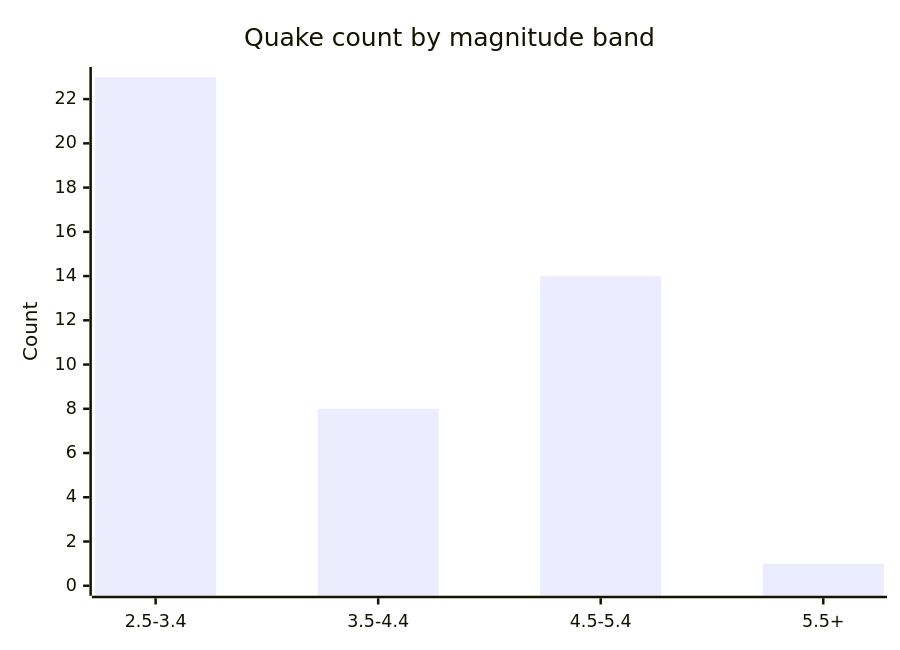
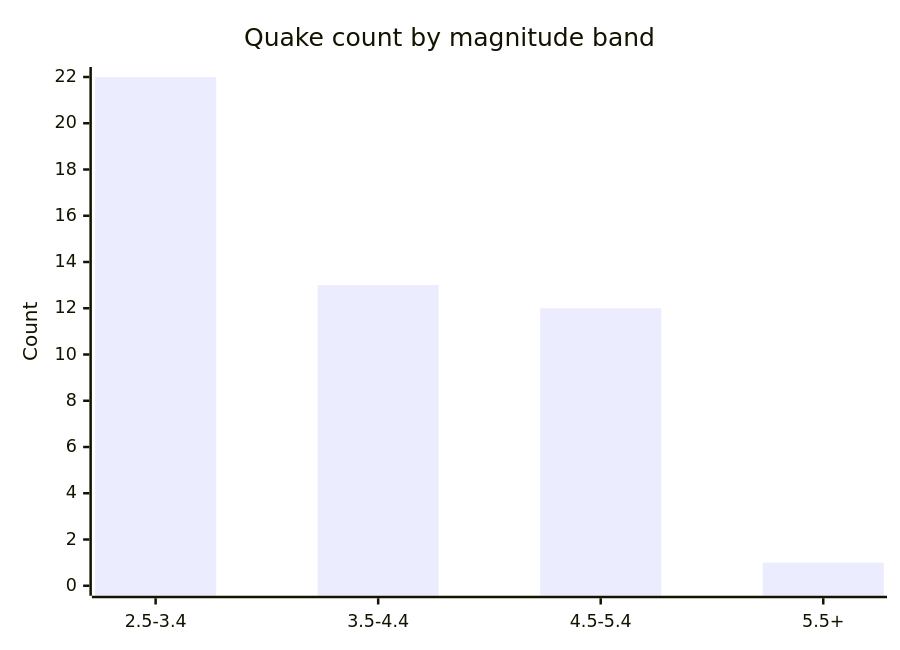
The fifth of 6 diagrams in docs/GRAPHS.md (Midwest-Stratospheric/aerostratospheric-defense-gir), drawn with Mermaid before and after one commit. The commit also changed other lines of this file and 23 other files, not shown here.

````diff
--- a/docs/GRAPHS.md
+++ b/docs/GRAPHS.md
@@ -82,7 +82,7 @@
 ```mermaid
 xychart-beta
   title "Quake count by magnitude band"
   x-axis ["2.5-3.4", "3.5-4.4", "4.5-5.4", "5.5+"]
-  y-axis "Count" 0 --> 23
-  bar [23, 8, 14, 1]
+  y-axis "Count" 0 --> 22
+  bar [22, 13, 12, 1]
 ```
````
